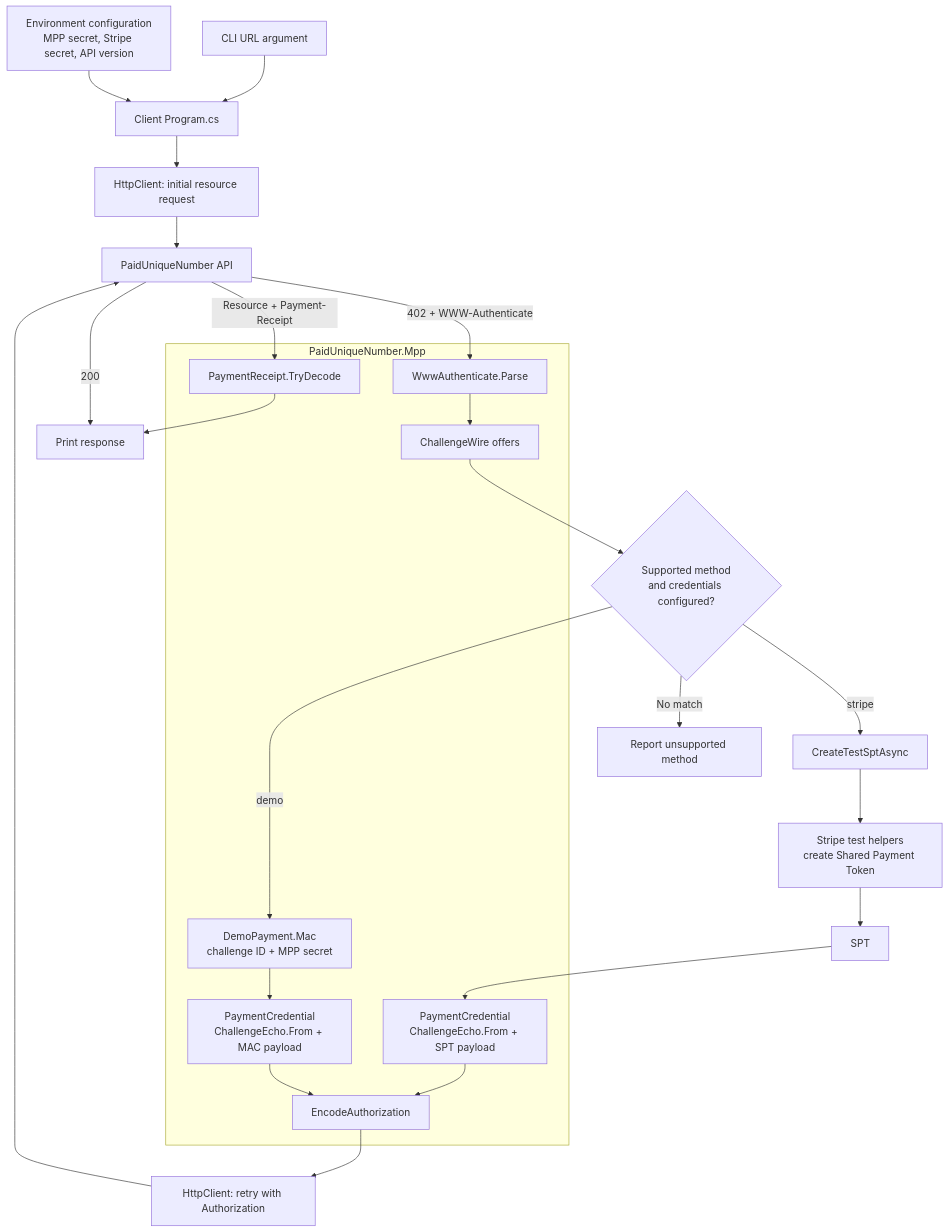
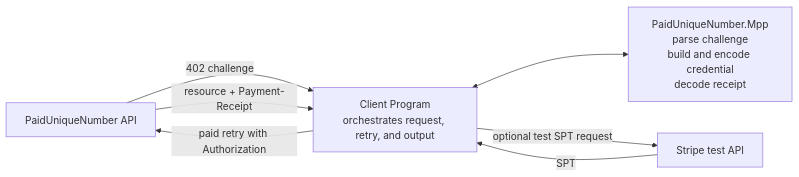
Before and after one commit to chiefcoder/ppc-unique-number-api: the third of 3 diagrams in README.md, drawn with Mermaid. The commit also changed other lines of this file, not shown here.

Commit message:
modified diagrams

````diff
--- a/README.md
+++ b/README.md
@@ -85,35 +43,9 @@
 ```mermaid
-flowchart TD
-	Args[CLI URL argument] --> Program[Client Program.cs]
-	Env[Environment configuration<br/>MPP secret, Stripe secret, API version] --> Program
-	Program --> Initial[HttpClient: initial resource request]
-	Initial --> API[PaidUniqueNumber API]
-	API -->|200| Done[Print response]
-	API -->|402 + WWW-Authenticate| Parse[WwwAuthenticate.Parse]
-	Parse --> Offers[ChallengeWire offers]
-	Offers --> Select{Supported method<br/>and credentials configured?}
-
-	Select -->|stripe| StripeSpt[CreateTestSptAsync]
-	StripeSpt --> StripeTest[Stripe test helpers<br/>create Shared Payment Token]
-	StripeTest --> Spt[SPT]
-	Select -->|demo| Mac[DemoPayment.Mac<br/>challenge ID + MPP secret]
-	Spt --> StripeCredential[PaymentCredential<br/>ChallengeEcho.From + SPT payload]
-	Mac --> DemoCredential[PaymentCredential<br/>ChallengeEcho.From + MAC payload]
-	StripeCredential --> Encode[EncodeAuthorization]
-	DemoCredential --> Encode
-	Encode --> Retry[HttpClient: retry with Authorization]
-	Retry --> API
-	API -->|Resource + Payment-Receipt| Receipt[PaymentReceipt.TryDecode]
-	Receipt --> Done
-	Select -->|No match| Error[Report unsupported method]
-
-	subgraph MPP[PaidUniqueNumber.Mpp]
-		Parse
-		Offers
-		StripeCredential
-		DemoCredential
-		Mac
-		Encode
-		Receipt
-	end
+flowchart LR
+	api[PaidUniqueNumber API] -->|402 challenge| client["Client Program<br/>orchestrates request, retry, and output"]
+	client <--> mpp["PaidUniqueNumber.Mpp<br/>parse challenge<br/>build and encode credential<br/>decode receipt"]
+	client -->|optional test SPT request| stripe[Stripe test API]
+	stripe -->|SPT| client
+	client -->|paid retry with Authorization| api
+	api -->|resource + Payment-Receipt| client
 ```
````
